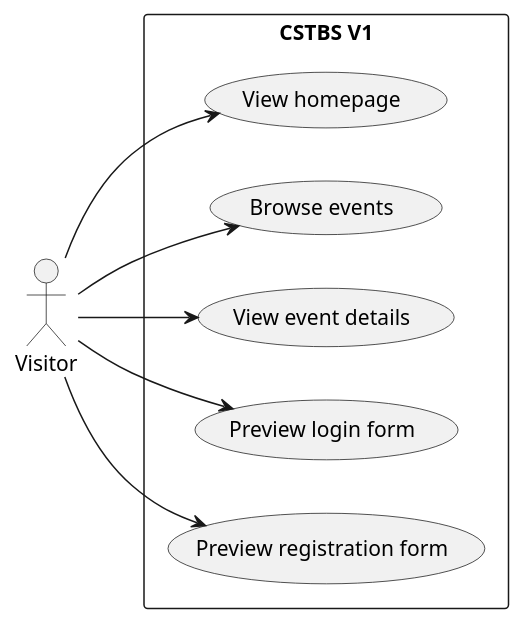
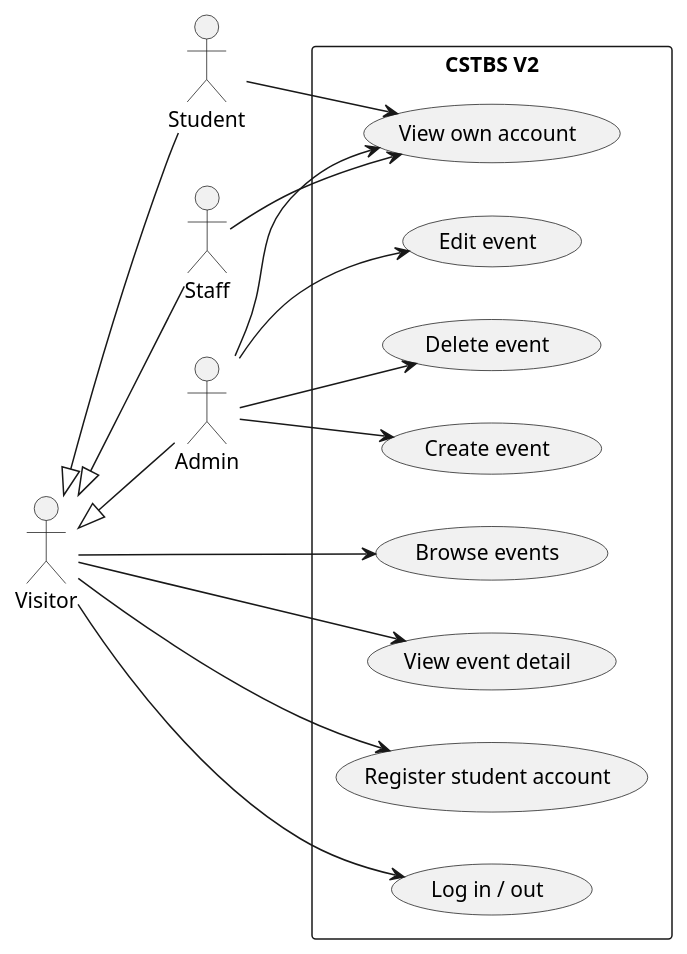
Before and after one commit to ItsMONIKAAKTER/CSTBS: the first of 5 diagrams in docs/uml.md, drawn with PlantUML. The commit also changed other lines of this file and 28 other files, not shown here.

````diff
--- a/docs/uml.md
+++ b/docs/uml.md
@@ -9,18 +7,32 @@
 ```plantuml
 @startuml
 left to right direction
 actor Visitor
-rectangle "CSTBS V1" {
-  usecase "View homepage" as UC1
-  usecase "Browse events" as UC2
-  usecase "View event details" as UC3
-  usecase "Preview login form" as UC4
-  usecase "Preview registration form" as UC5
+actor Student
+actor Staff
+actor Admin
+Visitor <|-- Student
+Visitor <|-- Staff
+Visitor <|-- Admin
+rectangle "CSTBS V2" {
+  usecase "Browse events" as Browse
+  usecase "View event detail" as Detail
+  usecase "Register student account" as Register
+  usecase "Log in / out" as Auth
+  usecase "View own account" as Account
+  usecase "Create event" as Create
+  usecase "Edit event" as Edit
+  usecase "Delete event" as Delete
 }
-Visitor --> UC1
-Visitor --> UC2
-Visitor --> UC3
-Visitor --> UC4
-Visitor --> UC5
+Visitor --> Browse
+Visitor --> Detail
+Visitor --> Register
+Visitor --> Auth
+Student --> Account
+Staff --> Account
+Admin --> Account
+Admin --> Create
+Admin --> Edit
+Admin --> Delete
 @enduml
 ```
````
